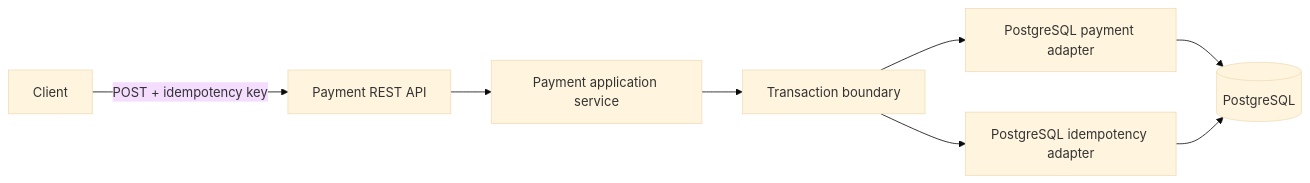
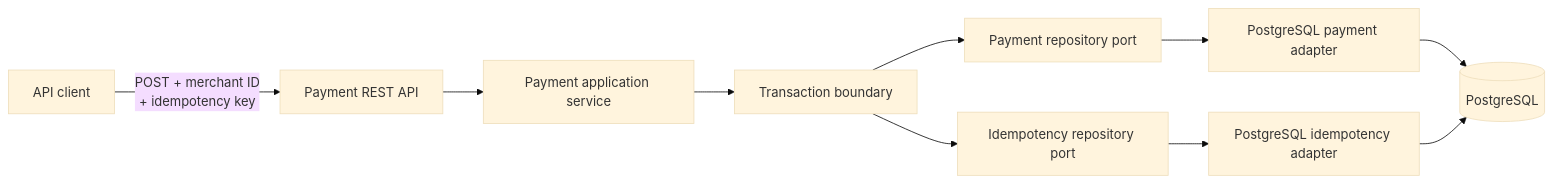
Before and after one commit to yasaswimandava/payment-reliability-lab: the first of 2 diagrams in README.md, drawn with Mermaid (base theme). The commit also changed other lines of this file, not shown here.

Commit message:
docs: expand project guide and architecture

````diff
--- a/README.md
+++ b/README.md
@@ -29,10 +44,12 @@
 ```mermaid
 flowchart LR
-    Client -->|POST + idempotency key| API[Payment REST API]
-    API --> Service[Payment application service]
-    Service --> TX[Transaction boundary]
-    TX --> Payments[PostgreSQL payment adapter]
-    TX --> Keys[PostgreSQL idempotency adapter]
-    Payments --> DB[(PostgreSQL)]
-    Keys --> DB
+    Client[API client] -->|POST + merchant ID<br/>+ idempotency key| Controller[Payment REST API]
+    Controller --> Application[Payment application service]
+    Application --> Transaction[Transaction boundary]
+    Transaction --> PaymentPort[Payment repository port]
+    Transaction --> KeyPort[Idempotency repository port]
+    PaymentPort --> PaymentAdapter[PostgreSQL payment adapter]
+    KeyPort --> KeyAdapter[PostgreSQL idempotency adapter]
+    PaymentAdapter --> DB[(PostgreSQL)]
+    KeyAdapter --> DB
 ```
````
